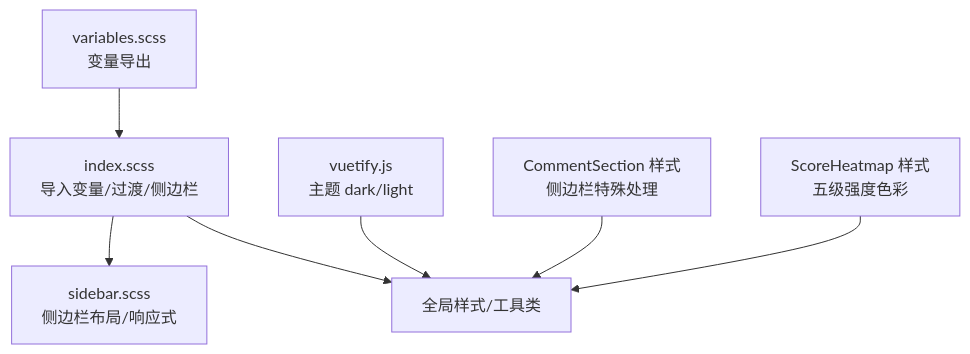
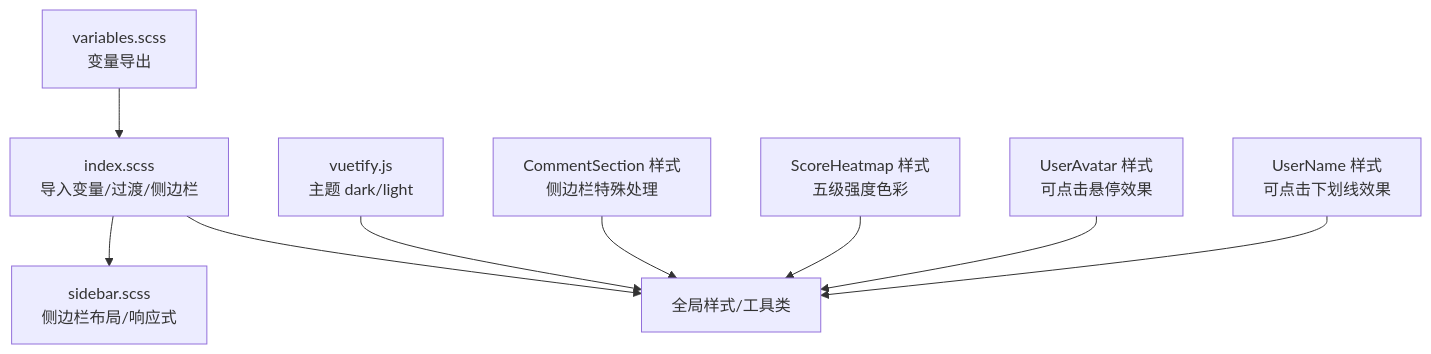
Before and after one commit to TinyMaD/SpeedRunnersLab: diagram 12 of 14 in .qoder/repowiki/zh/content/前端应用/UI 组件库/UI 组件库.md, drawn with Mermaid. The commit also changed other lines of this file and 9 other files, not shown here.

````diff
--- a/.qoder/repowiki/zh/content/前端应用/UI 组件库/UI 组件库.md
+++ b/.qoder/repowiki/zh/content/前端应用/UI 组件库/UI 组件库.md
@@ -388,9 +509,11 @@
 ```mermaid
 flowchart TD
 Vars["variables.scss<br/>变量导出"] --> IndexSCSS["index.scss<br/>导入变量/过渡/侧边栏"]
 IndexSCSS --> SidebarSCSS["sidebar.scss<br/>侧边栏布局/响应式"]
 IndexSCSS --> Global["全局样式/工具类"]
 VuetifyTheme["vuetify.js<br/>主题 dark/light"] --> Global
 CommentStyle["CommentSection 样式<br/>侧边栏特殊处理"] --> Global
 HeatmapStyle["ScoreHeatmap 样式<br/>五级强度色彩"] --> Global
+AvatarStyle["UserAvatar 样式<br/>可点击悬停效果"] --> Global
+NameStyle["UserName 样式<br/>可点击下划线效果"] --> Global
 ```
````
